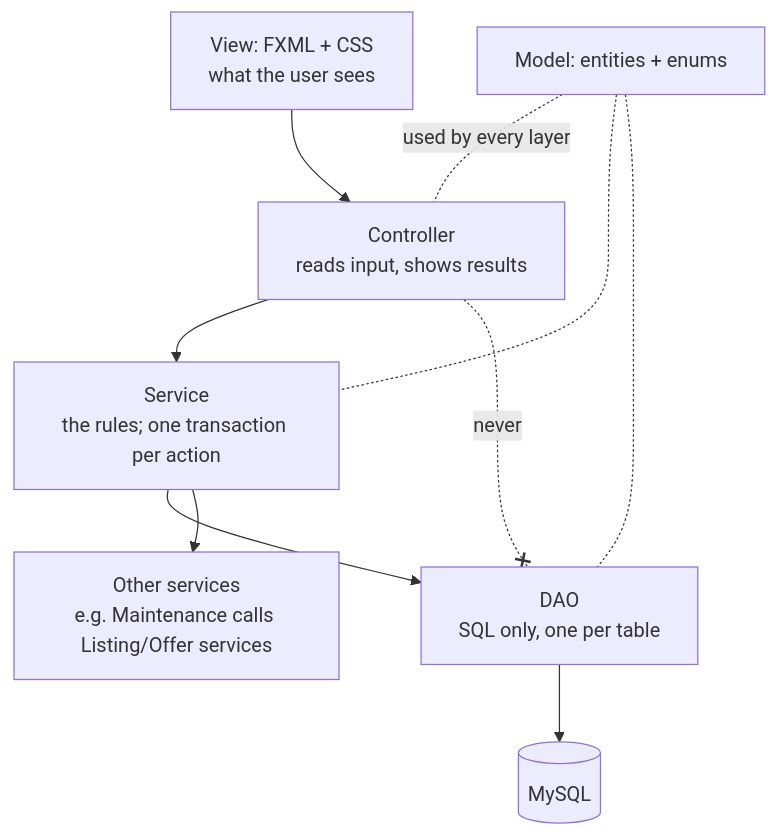
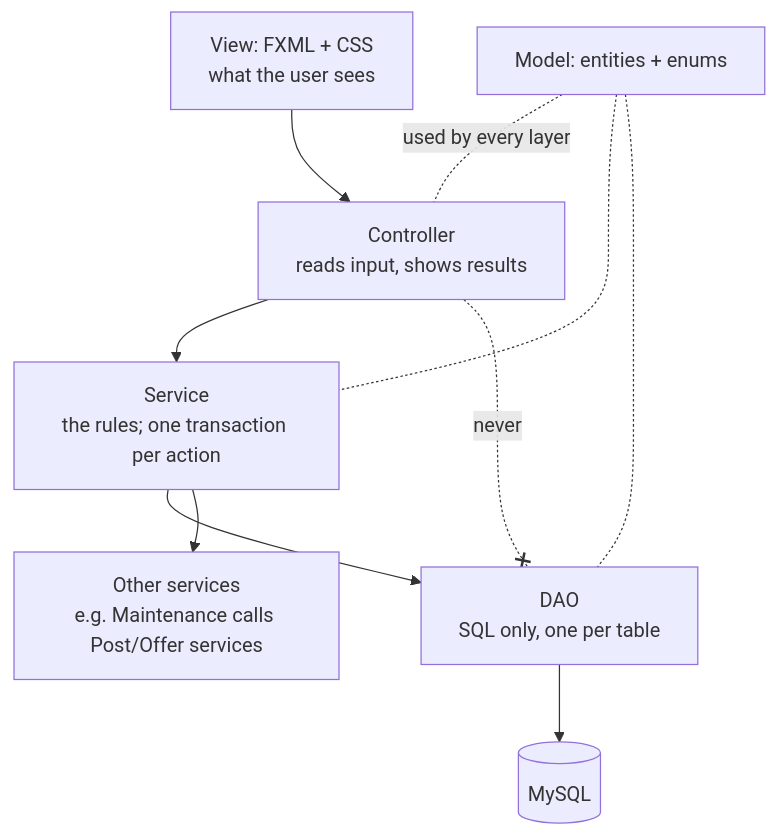
One commit to Az-Zav/ANIPLATO changed the first of 2 diagrams in docs/ARCHITECTURE.md. Above: the diagram before and after it, drawn with Mermaid. The commit also changed other lines of this file and 2 other files, not shown here.

First line of the commit message:
Phase 0: rewrite schema, seed and architecture diagrams to the redesigned data model

````diff
--- a/docs/ARCHITECTURE.md
+++ b/docs/ARCHITECTURE.md
@@ -189,12 +7,12 @@
 ```mermaid
 flowchart TD
   V["View: FXML + CSS<br/>what the user sees"] --> C["Controller<br/>reads input, shows results"]
   C --> S["Service<br/>the rules; one transaction per action"]
   S --> D["DAO<br/>SQL only, one per table"]
   D --> DB[("MySQL")]
   M["Model: entities + enums"] -.used by every layer.- C
   M -.- S
   M -.- D
-  S --> S2["Other services<br/>e.g. Maintenance calls Listing/Offer services"]
+  S --> S2["Other services<br/>e.g. Maintenance calls Post/Offer services"]
   C -. never .-x D
 ```
````
